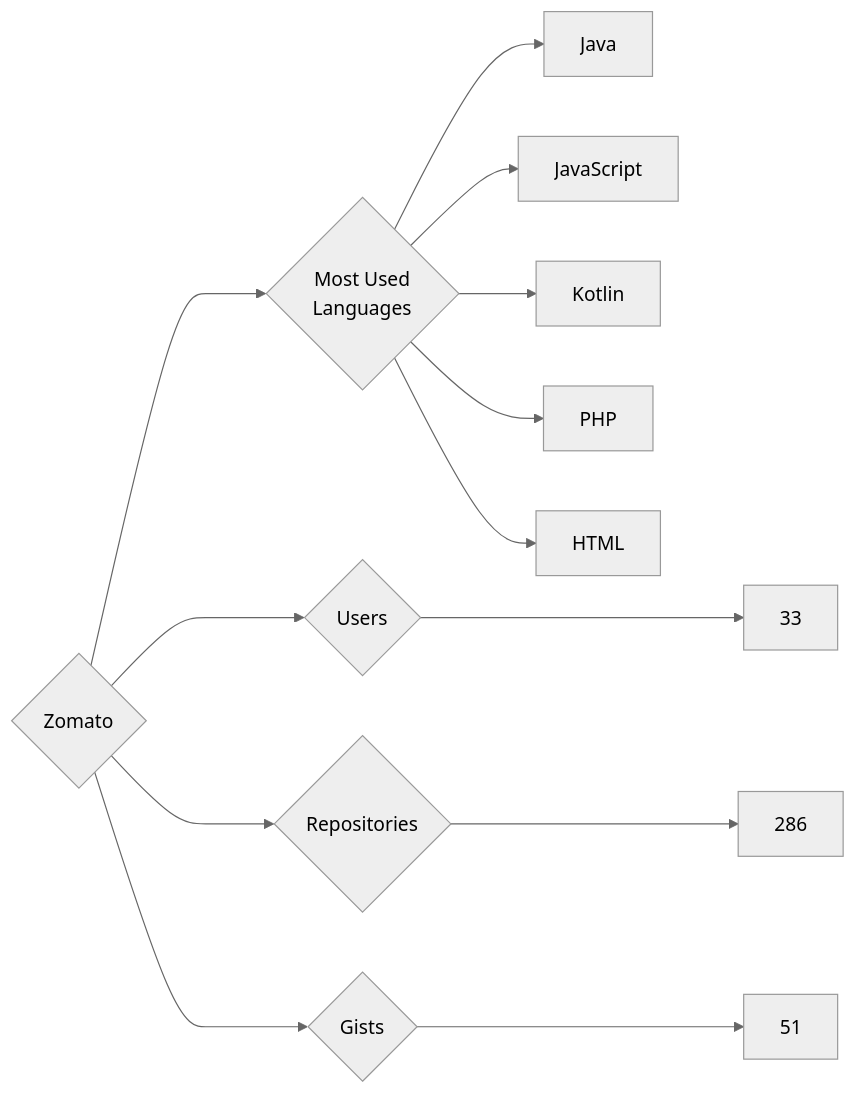
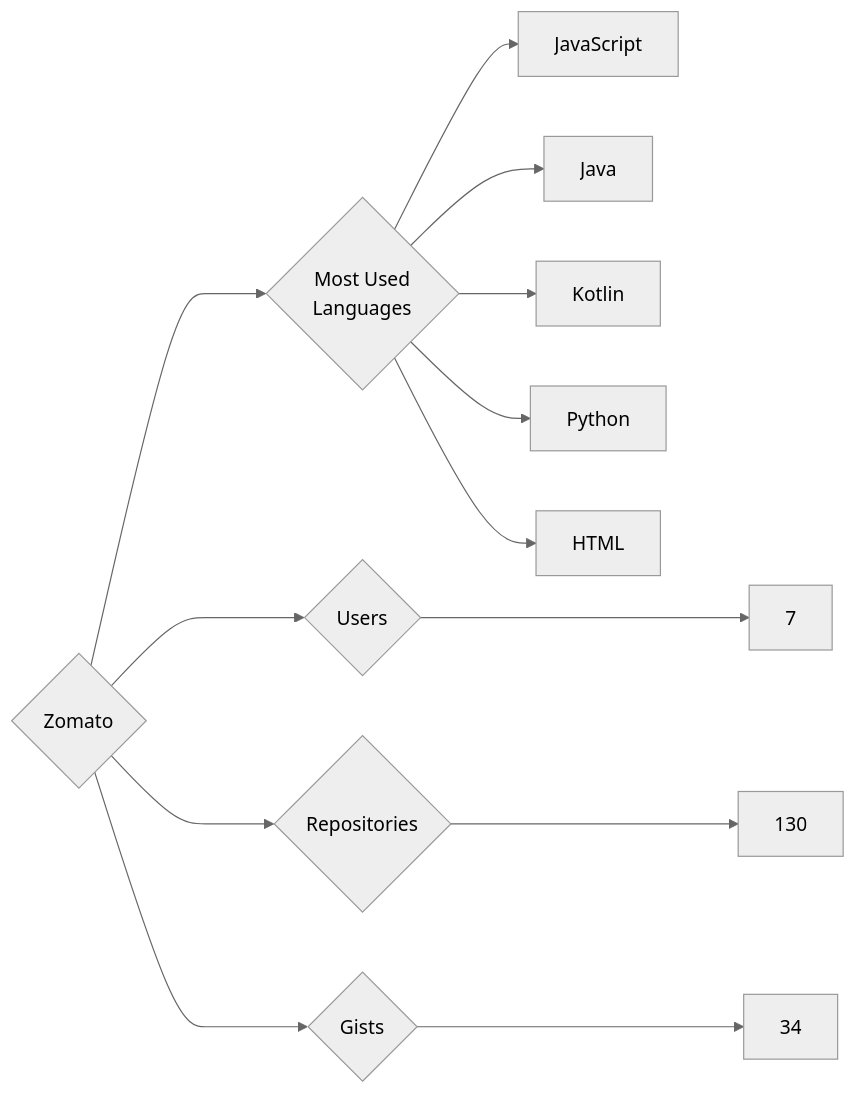
One commit to trickest/insiders changed the diagram in targets/Zomato/README.md. Above: the diagram before and after it, drawn with Mermaid (neutral theme). The commit also changed 794 other files, not shown here.

````diff
--- a/targets/Zomato/README.md
+++ b/targets/Zomato/README.md
@@ -3,13 +3,13 @@
 ```mermaid
 graph LR
 COMPANY_NAME{Zomato}
-COMPANY_NAME ---> U{Users} ---> UN[33]
-COMPANY_NAME ---> R{Repositories} ---> RN[286]
-COMPANY_NAME ---> G{Gists} ---> GN[51]
+COMPANY_NAME ---> U{Users} ---> UN[7]
+COMPANY_NAME ---> R{Repositories} ---> RN[130]
+COMPANY_NAME ---> G{Gists} ---> GN[34]
 COMPANY_NAME ---> ML{Most Used<br>Languages}
+ML --> JavaScript[JavaScript]
 ML --> Java[Java]
-ML --> JavaScript[JavaScript]
 ML --> Kotlin[Kotlin]
-ML --> PHP[PHP]
+ML --> Python[Python]
 ML --> HTML[HTML]
 ```
````
